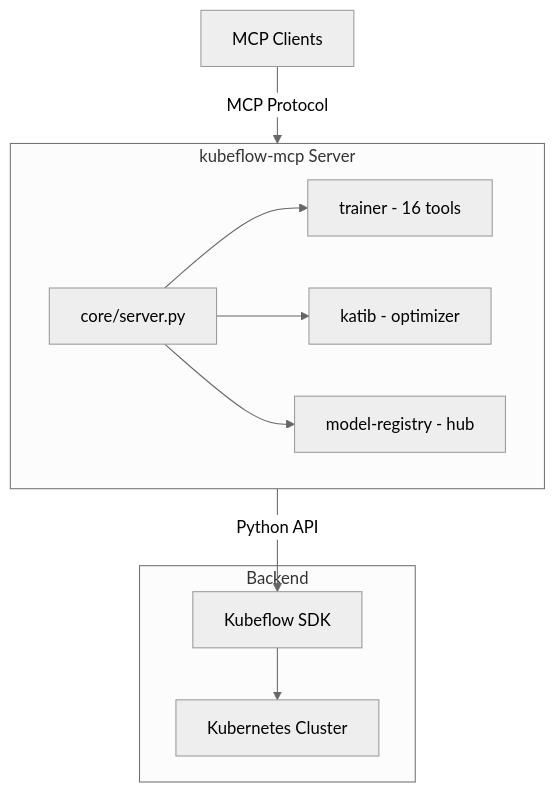
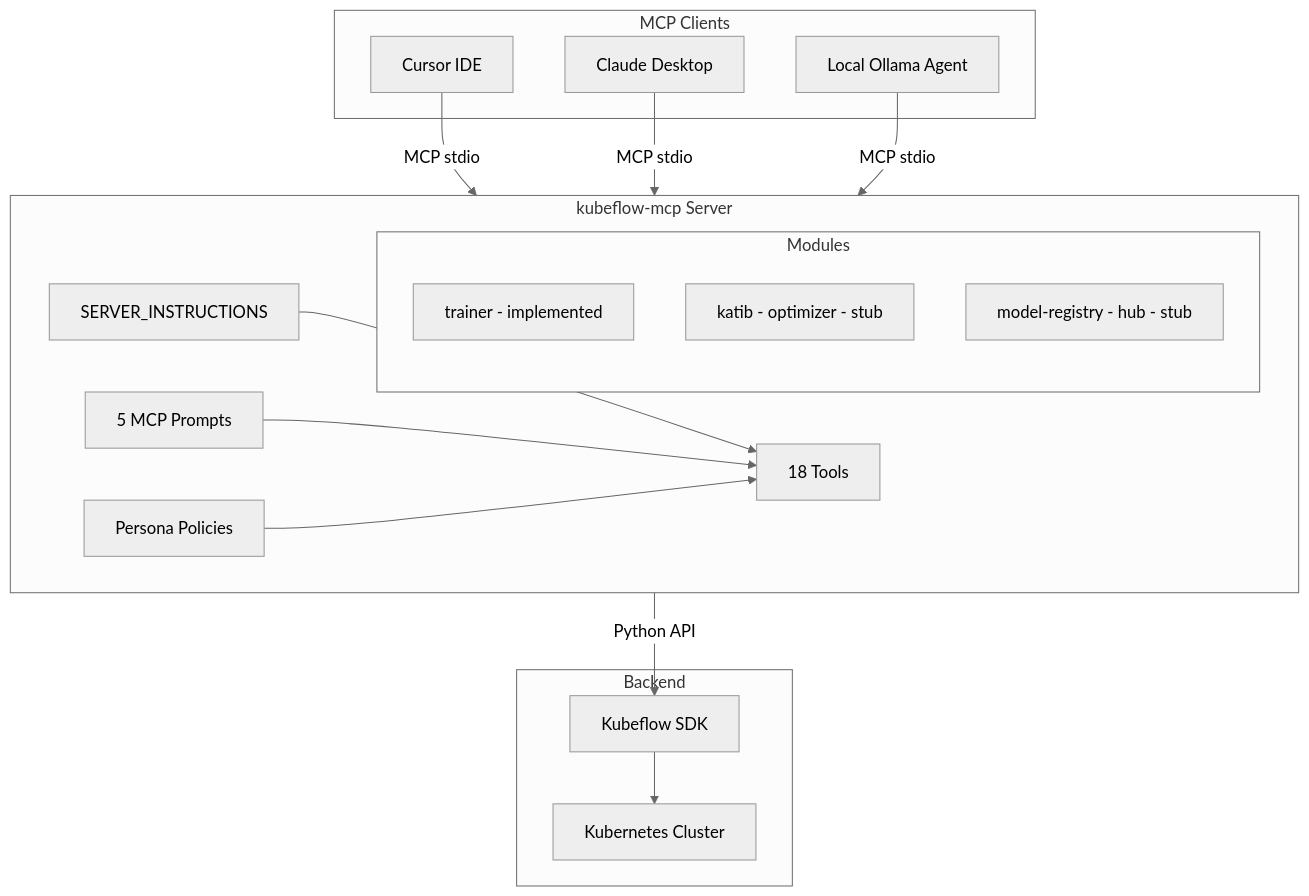
One commit to abhijeet-dhumal/mcp-server changed the first of 6 diagrams in docs/ARCHITECTURE.md. Above: the diagram before and after it, drawn with Mermaid (neutral theme). The commit also changed other lines of this file and 17 other files, not shown here.

Commit message:
fix: Replace skills with MCP prompts and standardize local agent to use stdio protocol

````diff
--- a/docs/ARCHITECTURE.md
+++ b/docs/ARCHITECTURE.md
@@ -7,23 +7,36 @@
 ```mermaid
 flowchart TB
-    Clients[MCP Clients]
+    subgraph Clients["MCP Clients"]
+        Cursor[Cursor IDE]
+        Claude[Claude Desktop]
+        LocalAgent[Local Ollama Agent]
+    end
 
     subgraph Server["kubeflow-mcp Server"]
-        Core[core/server.py]
-        Trainer[trainer - 16 tools]
-        Optimizer[katib - optimizer]
-        Hub[model-registry - hub]
-        Core --> Trainer
-        Core --> Optimizer
-        Core --> Hub
+        Instructions[SERVER_INSTRUCTIONS]
+        Prompts[5 MCP Prompts]
+        Tools[18 Tools]
+        Policy[Persona Policies]
+        
+        subgraph Modules["Modules"]
+            Trainer[trainer - implemented]
+            Optimizer[katib - optimizer - stub ]
+            Hub[model-registry - hub - stub ]
+        end
+        
+        Instructions --> Tools
+        Prompts --> Tools
+        Policy --> Tools
     end
 
     subgraph Backend["Backend"]
         SDK[Kubeflow SDK]
         K8s[Kubernetes Cluster]
         SDK --> K8s
     end
 
-    Clients -->|MCP Protocol| Server
+    Cursor -->|MCP stdio| Server
+    Claude -->|MCP stdio| Server
+    LocalAgent -->|MCP stdio| Server
     Server -->|Python API| SDK
 ```
````
